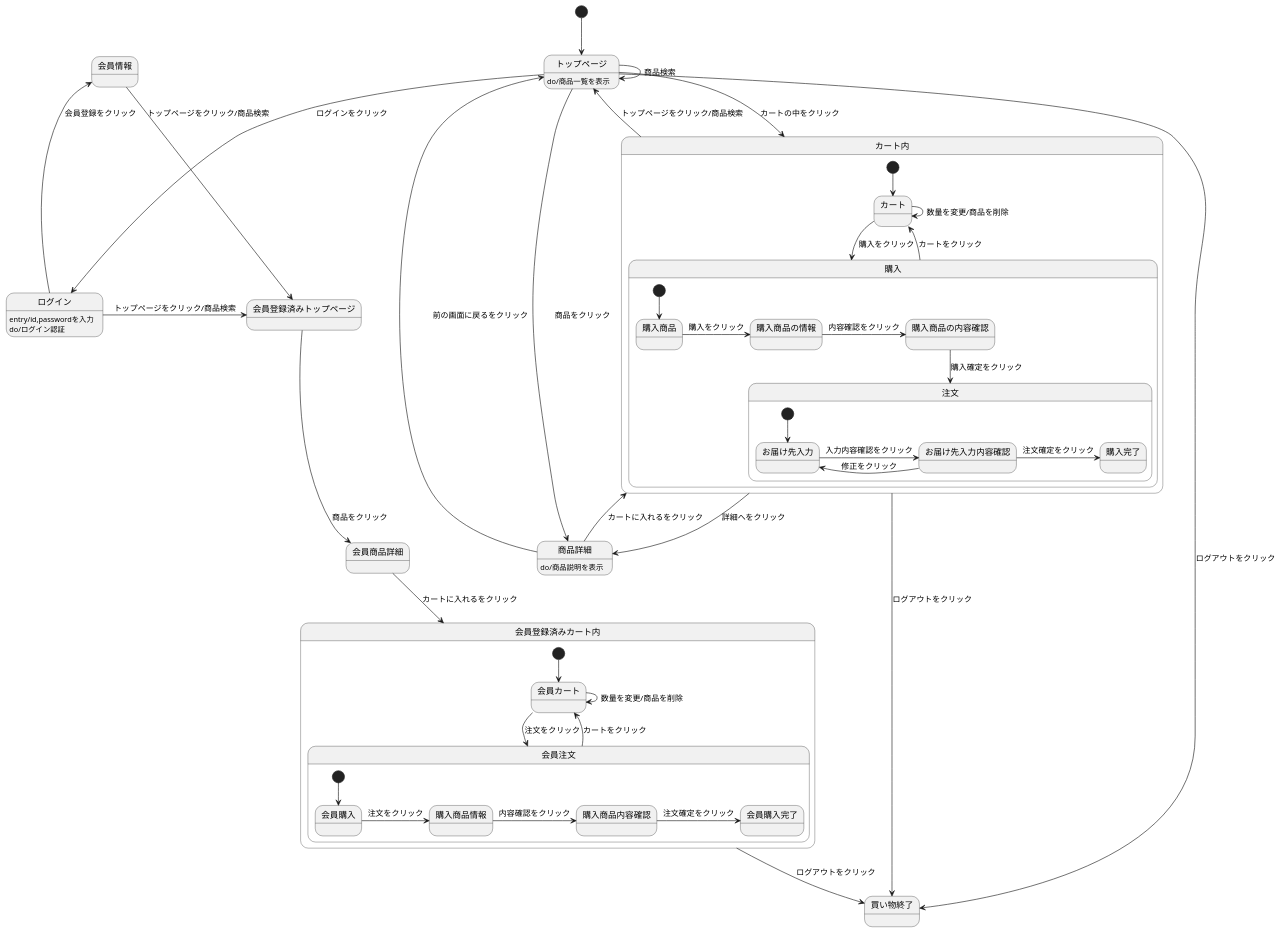
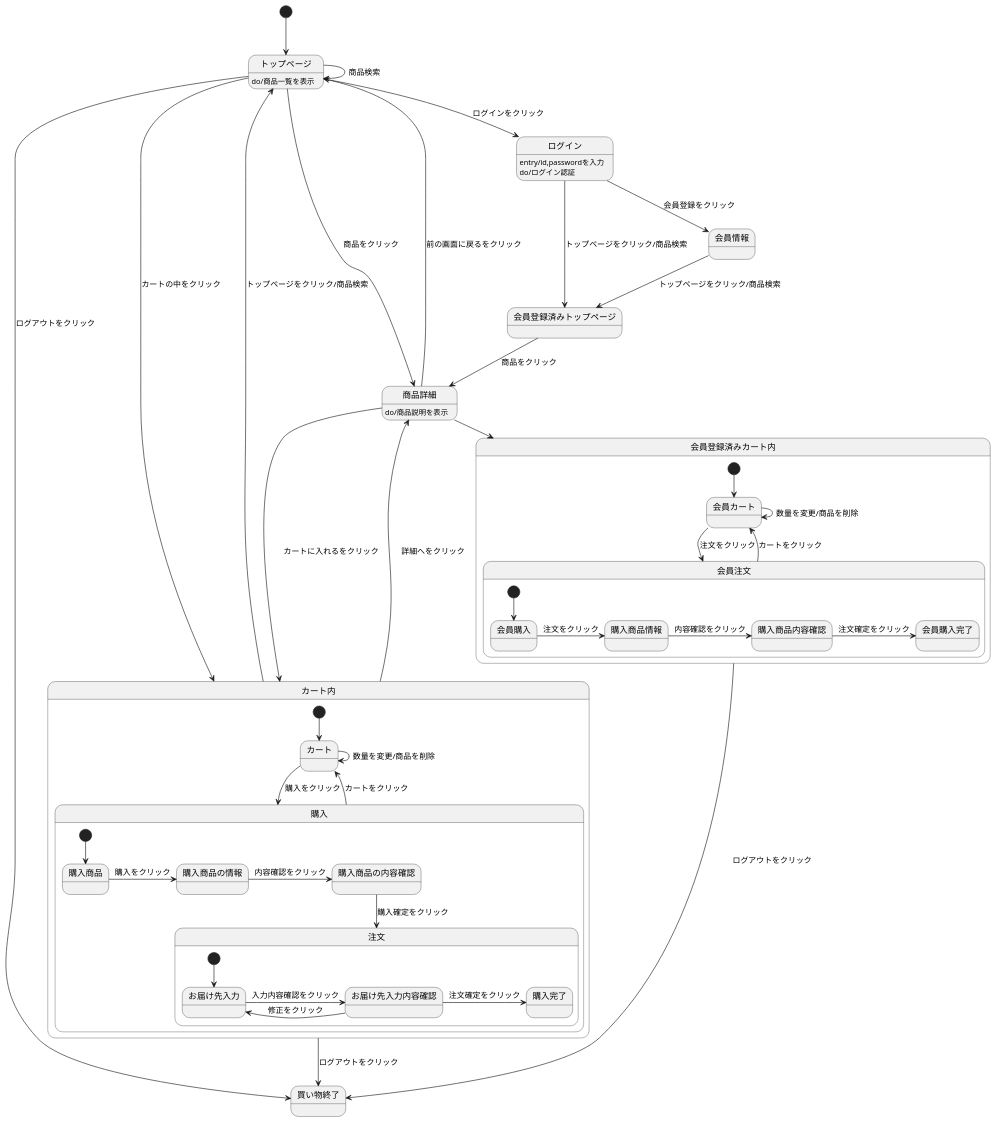
One commit to Aso2001140/2012sys-design changed the diagram in create 12.md. Above: the diagram before and after it, drawn with PlantUML.

Commit message:
Create create 12.md

````diff
--- a/create 12.md
+++ b/create 12.md
@@ -1,57 +1,57 @@
 ```uml
 @startuml
 [*] --> トップページ
 会員情報 -down-> 会員登録済みトップページ : トップページをクリック/商品検索
-会員登録済みトップページ -down-> 会員商品詳細 : 商品をクリック
-会員商品詳細 -down-> 会員登録済みカート内 : カートに入れるをクリック
+会員登録済みトップページ -down-> 商品詳細 : 商品をクリック
 ログイン -> 会員登録済みトップページ : トップページをクリック/商品検索
 ログイン : entry/id,passwordを入力
 ログイン : do/ログイン認証
 トップページ -down-> 買い物終了 : ログアウトをクリック
 トップページ -> トップページ : 商品検索
 トップページ -left-> 商品詳細 : 商品をクリック
-ログイン -left-> 会員情報 : 会員登録をクリック
+ログイン -down-> 会員情報 : 会員登録をクリック
 トップページ -down-> ログイン : ログインをクリック
 トップページ -down-> カート内 : カートの中をクリック
 トップページ : do/商品一覧を表示
 商品詳細 -down-> カート内 : カートに入れるをクリック
+商品詳細 -> 会員登録済みカート内 : カートに入れるをクリック
 商品詳細 --> トップページ : 前の画面に戻るをクリック
 商品詳細 : do/商品説明を表示
 カート内 -up-> トップページ : トップページをクリック/商品検索
 カート内 -down-> 買い物終了 : ログアウトをクリック
 会員登録済みカート内 -down-> 買い物終了 : ログアウトをクリック
 カート内 -> 商品詳細 : 詳細へをクリック
 
 
 state カート内{
 [*] --> カート
 カート -down-> 購入 : 購入をクリック
 カート -> カート : 数量を変更/商品を削除
 購入 --> カート : カートをクリック
 state 購入{
 [*] --> 購入商品
 購入商品 -> 購入商品の情報 : 購入をクリック
 購入商品の情報 -> 購入商品の内容確認 : 内容確認をクリック
 購入商品の内容確認 -down-> 注文 : 購入確定をクリック
 state 注文{
 [*] --> お届け先入力
 お届け先入力 -> お届け先入力内容確認 : 入力内容確認をクリック
 お届け先入力内容確認 -> お届け先入力 : 修正をクリック
 お届け先入力内容確認 -> 購入完了 : 注文確定をクリック
 }
 }
 }
 state 会員登録済みカート内{
 [*] --> 会員カート
 会員カート -> 会員注文 : 注文をクリック
 会員カート -> 会員カート : 数量を変更/商品を削除
 会員注文 --> 会員カート : カートをクリック
 state 会員注文{
 [*] --> 会員購入
 会員購入 -> 購入商品情報 : 注文をクリック
 購入商品情報 -> 購入商品内容確認 : 内容確認をクリック
 購入商品内容確認 -> 会員購入完了 : 注文確定をクリック
 }
 }
 @enduml
 ```
````
